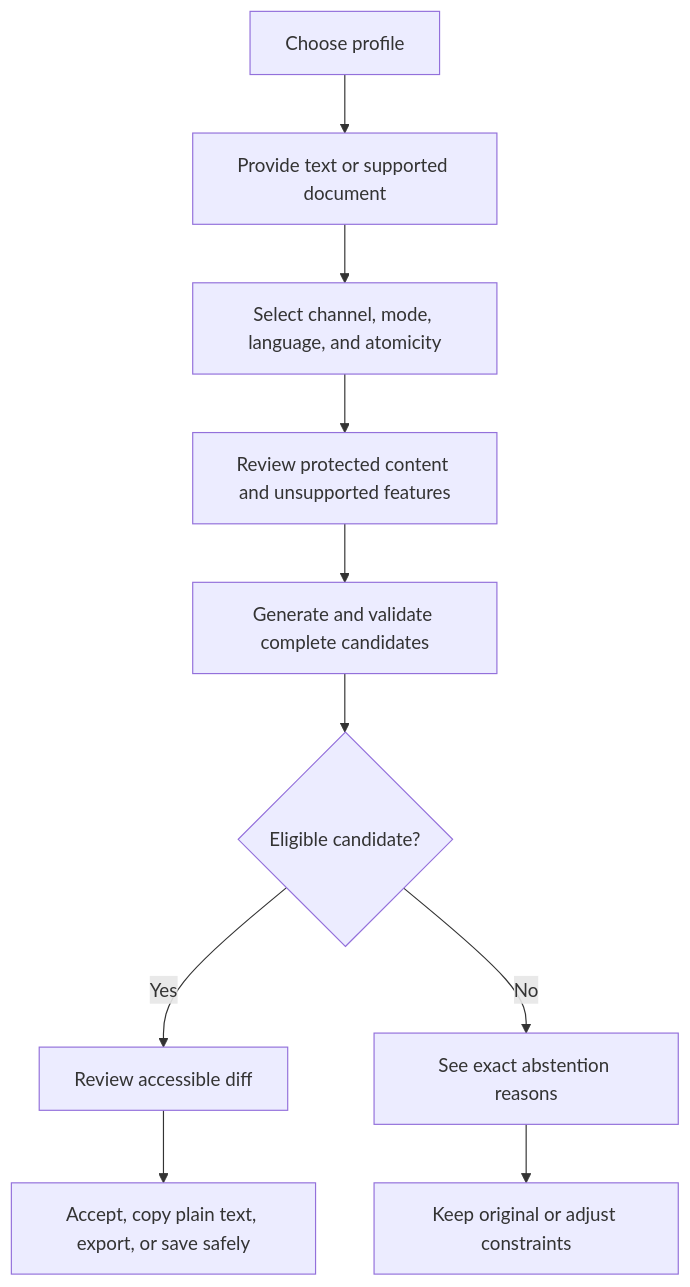
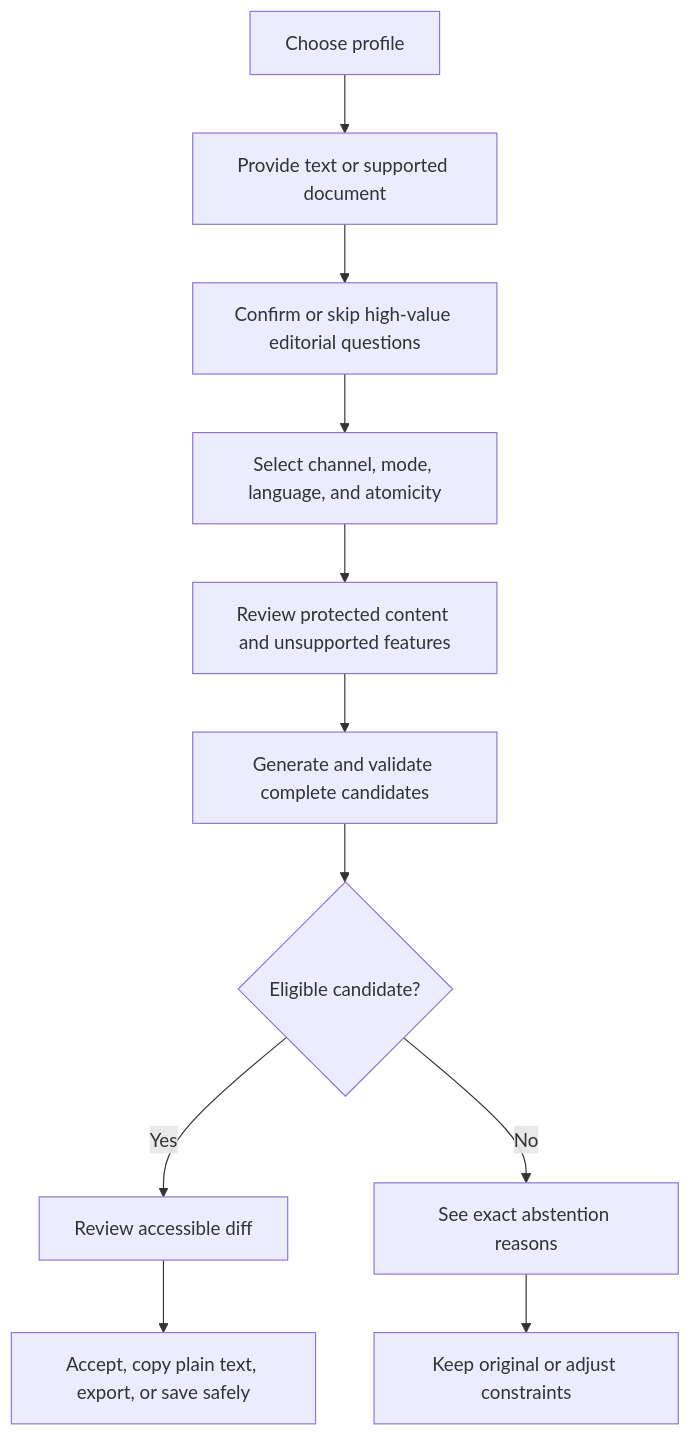
Before and after one commit to blisspixel/retonr: the diagram in docs/design.md, drawn with Mermaid. The commit also changed other lines of this file and 52 other files, not shown here.

Commit message:
Define reference-grade roadmap and evaluation corpus

````diff
--- a/docs/design.md
+++ b/docs/design.md
@@ -15,12 +15,13 @@
 ```mermaid
 flowchart TD
     Profile["Choose profile"] --> Input["Provide text or supported document"]
-    Input --> Policy["Select channel, mode, language, and atomicity"]
+    Input --> Brief["Confirm or skip high-value editorial questions"]
+    Brief --> Policy["Select channel, mode, language, and atomicity"]
     Policy --> Review["Review protected content and unsupported features"]
     Review --> Validate["Generate and validate complete candidates"]
     Validate --> Decision{"Eligible candidate?"}
     Decision -->|Yes| Diff["Review accessible diff"]
     Diff --> Save["Accept, copy plain text, export, or save safely"]
     Decision -->|No| Reasons["See exact abstention reasons"]
     Reasons --> Original["Keep original or adjust constraints"]
 ```
````
